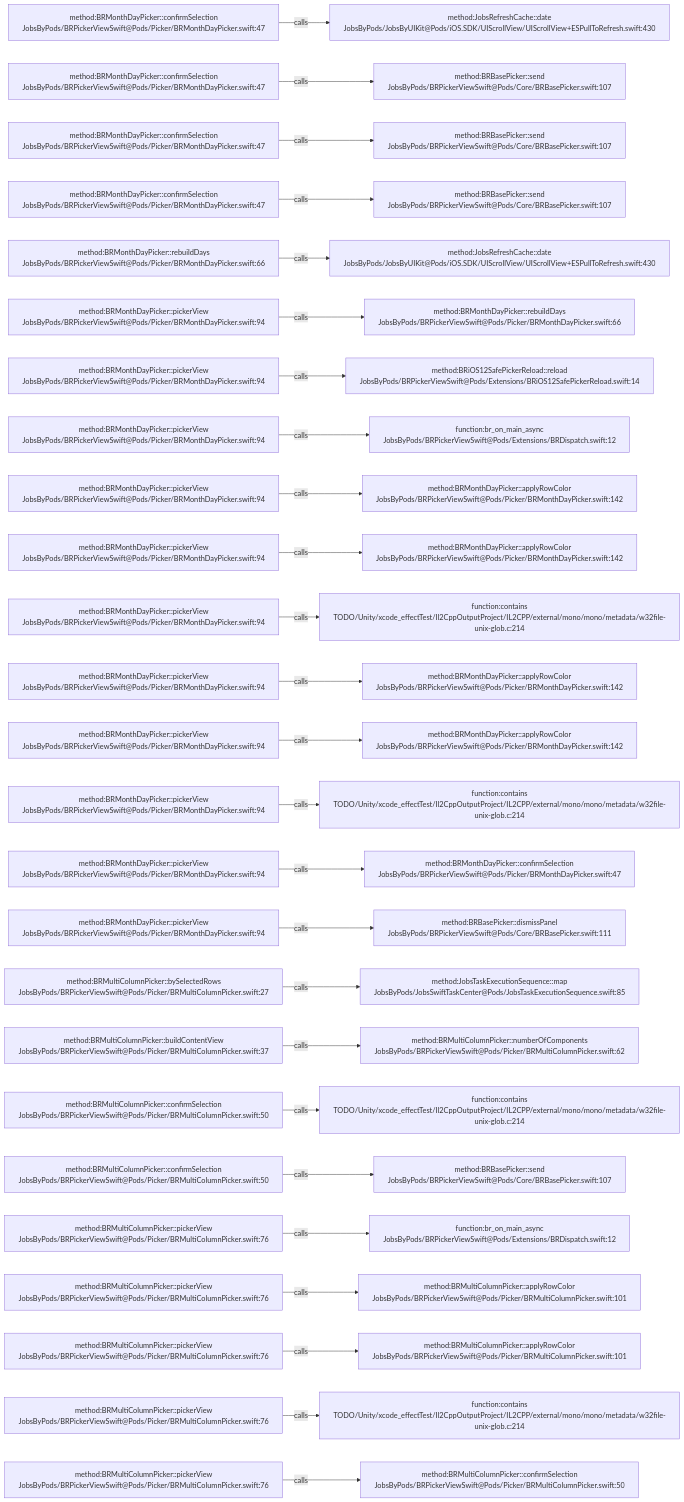
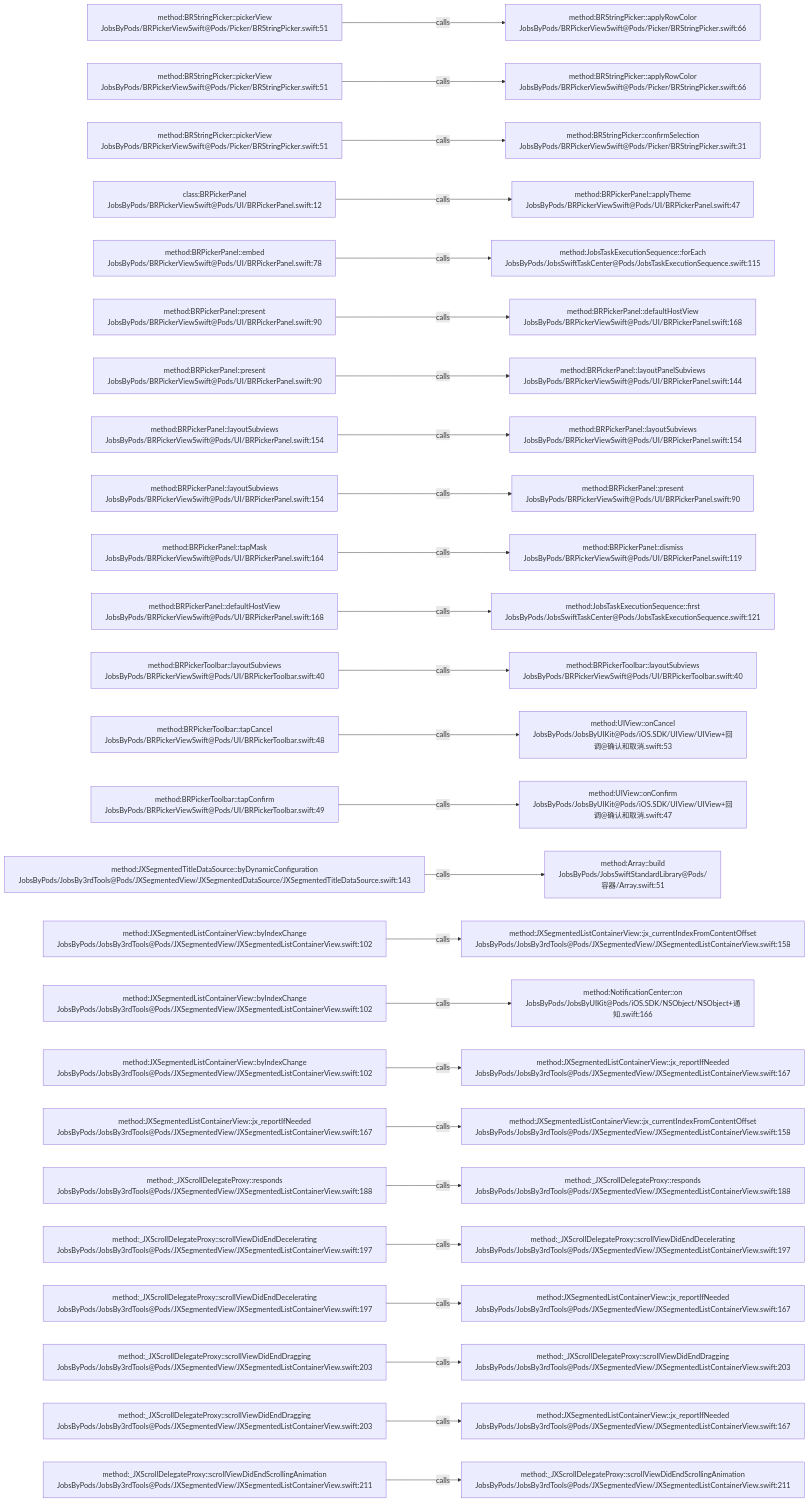
The diagram in .codegraph/codegraph.md/graphs/calls-004.md (JobsKits/JobsSwiftBaseConfigDemo), drawn with Mermaid before and after one commit. The commit also changed 569 other files, not shown here.

````diff
--- a/.codegraph/codegraph.md/graphs/calls-004.md
+++ b/.codegraph/codegraph.md/graphs/calls-004.md
@@ -13,78 +13,78 @@
 ```mermaid
 flowchart LR
-  S1["method:BRMonthDayPicker::confirmSelection<br/>JobsByPods/BRPickerViewSwift@Pods/Picker/BRMonthDayPicker.swift:47"]
-  T1["method:JobsRefreshCache::date<br/>JobsByPods/JobsByUIKit@Pods/iOS.SDK/UIScrollView/UIScrollView+ESPullToRefresh.swift:430"]
+  S1["method:BRStringPicker::pickerView<br/>JobsByPods/BRPickerViewSwift@Pods/Picker/BRStringPicker.swift:51"]
+  T1["method:BRStringPicker::applyRowColor<br/>JobsByPods/BRPickerViewSwift@Pods/Picker/BRStringPicker.swift:66"]
   S1 -->|calls| T1
-  S2["method:BRMonthDayPicker::confirmSelection<br/>JobsByPods/BRPickerViewSwift@Pods/Picker/BRMonthDayPicker.swift:47"]
-  T2["method:BRBasePicker::send<br/>JobsByPods/BRPickerViewSwift@Pods/Core/BRBasePicker.swift:107"]
+  S2["method:BRStringPicker::pickerView<br/>JobsByPods/BRPickerViewSwift@Pods/Picker/BRStringPicker.swift:51"]
+  T2["method:BRStringPicker::applyRowColor<br/>JobsByPods/BRPickerViewSwift@Pods/Picker/BRStringPicker.swift:66"]
   S2 -->|calls| T2
-  S3["method:BRMonthDayPicker::confirmSelection<br/>JobsByPods/BRPickerViewSwift@Pods/Picker/BRMonthDayPicker.swift:47"]
-  T3["method:BRBasePicker::send<br/>JobsByPods/BRPickerViewSwift@Pods/Core/BRBasePicker.swift:107"]
+  S3["method:BRStringPicker::pickerView<br/>JobsByPods/BRPickerViewSwift@Pods/Picker/BRStringPicker.swift:51"]
+  T3["method:BRStringPicker::confirmSelection<br/>JobsByPods/BRPickerViewSwift@Pods/Picker/BRStringPicker.swift:31"]
   S3 -->|calls| T3
-  S4["method:BRMonthDayPicker::confirmSelection<br/>JobsByPods/BRPickerViewSwift@Pods/Picker/BRMonthDayPicker.swift:47"]
-  T4["method:BRBasePicker::send<br/>JobsByPods/BRPickerViewSwift@Pods/Core/BRBasePicker.swift:107"]
+  S4["class:BRPickerPanel<br/>JobsByPods/BRPickerViewSwift@Pods/UI/BRPickerPanel.swift:12"]
+  T4["method:BRPickerPanel::applyTheme<br/>JobsByPods/BRPickerViewSwift@Pods/UI/BRPickerPanel.swift:47"]
   S4 -->|calls| T4
-  S5["method:BRMonthDayPicker::rebuildDays<br/>JobsByPods/BRPickerViewSwift@Pods/Picker/BRMonthDayPicker.swift:66"]
-  T5["method:JobsRefreshCache::date<br/>JobsByPods/JobsByUIKit@Pods/iOS.SDK/UIScrollView/UIScrollView+ESPullToRefresh.swift:430"]
+  S5["method:BRPickerPanel::embed<br/>JobsByPods/BRPickerViewSwift@Pods/UI/BRPickerPanel.swift:78"]
+  T5["method:JobsTaskExecutionSequence::forEach<br/>JobsByPods/JobsSwiftTaskCenter@Pods/JobsTaskExecutionSequence.swift:115"]
   S5 -->|calls| T5
-  S6["method:BRMonthDayPicker::pickerView<br/>JobsByPods/BRPickerViewSwift@Pods/Picker/BRMonthDayPicker.swift:94"]
-  T6["method:BRMonthDayPicker::rebuildDays<br/>JobsByPods/BRPickerViewSwift@Pods/Picker/BRMonthDayPicker.swift:66"]
+  S6["method:BRPickerPanel::present<br/>JobsByPods/BRPickerViewSwift@Pods/UI/BRPickerPanel.swift:90"]
+  T6["method:BRPickerPanel::defaultHostView<br/>JobsByPods/BRPickerViewSwift@Pods/UI/BRPickerPanel.swift:168"]
   S6 -->|calls| T6
-  S7["method:BRMonthDayPicker::pickerView<br/>JobsByPods/BRPickerViewSwift@Pods/Picker/BRMonthDayPicker.swift:94"]
-  T7["method:BRiOS12SafePickerReload::reload<br/>JobsByPods/BRPickerViewSwift@Pods/Extensions/BRiOS12SafePickerReload.swift:14"]
+  S7["method:BRPickerPanel::present<br/>JobsByPods/BRPickerViewSwift@Pods/UI/BRPickerPanel.swift:90"]
+  T7["method:BRPickerPanel::layoutPanelSubviews<br/>JobsByPods/BRPickerViewSwift@Pods/UI/BRPickerPanel.swift:144"]
   S7 -->|calls| T7
-  S8["method:BRMonthDayPicker::pickerView<br/>JobsByPods/BRPickerViewSwift@Pods/Picker/BRMonthDayPicker.swift:94"]
-  T8["function:br_on_main_async<br/>JobsByPods/BRPickerViewSwift@Pods/Extensions/BRDispatch.swift:12"]
+  S8["method:BRPickerPanel::layoutSubviews<br/>JobsByPods/BRPickerViewSwift@Pods/UI/BRPickerPanel.swift:154"]
+  T8["method:BRPickerPanel::layoutSubviews<br/>JobsByPods/BRPickerViewSwift@Pods/UI/BRPickerPanel.swift:154"]
   S8 -->|calls| T8
-  S9["method:BRMonthDayPicker::pickerView<br/>JobsByPods/BRPickerViewSwift@Pods/Picker/BRMonthDayPicker.swift:94"]
-  T9["method:BRMonthDayPicker::applyRowColor<br/>JobsByPods/BRPickerViewSwift@Pods/Picker/BRMonthDayPicker.swift:142"]
+  S9["method:BRPickerPanel::layoutSubviews<br/>JobsByPods/BRPickerViewSwift@Pods/UI/BRPickerPanel.swift:154"]
+  T9["method:BRPickerPanel::present<br/>JobsByPods/BRPickerViewSwift@Pods/UI/BRPickerPanel.swift:90"]
   S9 -->|calls| T9
-  S10["method:BRMonthDayPicker::pickerView<br/>JobsByPods/BRPickerViewSwift@Pods/Picker/BRMonthDayPicker.swift:94"]
-  T10["method:BRMonthDayPicker::applyRowColor<br/>JobsByPods/BRPickerViewSwift@Pods/Picker/BRMonthDayPicker.swift:142"]
+  S10["method:BRPickerPanel::tapMask<br/>JobsByPods/BRPickerViewSwift@Pods/UI/BRPickerPanel.swift:164"]
+  T10["method:BRPickerPanel::dismiss<br/>JobsByPods/BRPickerViewSwift@Pods/UI/BRPickerPanel.swift:119"]
   S10 -->|calls| T10
-  S11["method:BRMonthDayPicker::pickerView<br/>JobsByPods/BRPickerViewSwift@Pods/Picker/BRMonthDayPicker.swift:94"]
-  T11["function:contains<br/>TODO/Unity/xcode_effectTest/Il2CppOutputProject/IL2CPP/external/mono/mono/metadata/w32file-unix-glob.c:214"]
+  S11["method:BRPickerPanel::defaultHostView<br/>JobsByPods/BRPickerViewSwift@Pods/UI/BRPickerPanel.swift:168"]
+  T11["method:JobsTaskExecutionSequence::first<br/>JobsByPods/JobsSwiftTaskCenter@Pods/JobsTaskExecutionSequence.swift:121"]
   S11 -->|calls| T11
-  S12["method:BRMonthDayPicker::pickerView<br/>JobsByPods/BRPickerViewSwift@Pods/Picker/BRMonthDayPicker.swift:94"]
-  T12["method:BRMonthDayPicker::applyRowColor<br/>JobsByPods/BRPickerViewSwift@Pods/Picker/BRMonthDayPicker.swift:142"]
+  S12["method:BRPickerToolbar::layoutSubviews<br/>JobsByPods/BRPickerViewSwift@Pods/UI/BRPickerToolbar.swift:40"]
+  T12["method:BRPickerToolbar::layoutSubviews<br/>JobsByPods/BRPickerViewSwift@Pods/UI/BRPickerToolbar.swift:40"]
   S12 -->|calls| T12
-  S13["method:BRMonthDayPicker::pickerView<br/>JobsByPods/BRPickerViewSwift@Pods/Picker/BRMonthDayPicker.swift:94"]
-  T13["method:BRMonthDayPicker::applyRowColor<br/>JobsByPods/BRPickerViewSwift@Pods/Picker/BRMonthDayPicker.swift:142"]
+  S13["method:BRPickerToolbar::tapCancel<br/>JobsByPods/BRPickerViewSwift@Pods/UI/BRPickerToolbar.swift:48"]
+  T13["method:UIView::onCancel<br/>JobsByPods/JobsByUIKit@Pods/iOS.SDK/UIView/UIView+回调@确认和取消.swift:53"]
   S13 -->|calls| T13
-  S14["method:BRMonthDayPicker::pickerView<br/>JobsByPods/BRPickerViewSwift@Pods/Picker/BRMonthDayPicker.swift:94"]
-  T14["function:contains<br/>TODO/Unity/xcode_effectTest/Il2CppOutputProject/IL2CPP/external/mono/mono/metadata/w32file-unix-glob.c:214"]
+  S14["method:BRPickerToolbar::tapConfirm<br/>JobsByPods/BRPickerViewSwift@Pods/UI/BRPickerToolbar.swift:49"]
+  T14["method:UIView::onConfirm<br/>JobsByPods/JobsByUIKit@Pods/iOS.SDK/UIView/UIView+回调@确认和取消.swift:47"]
   S14 -->|calls| T14
-  S15["method:BRMonthDayPicker::pickerView<br/>JobsByPods/BRPickerViewSwift@Pods/Picker/BRMonthDayPicker.swift:94"]
-  T15["method:BRMonthDayPicker::confirmSelection<br/>JobsByPods/BRPickerViewSwift@Pods/Picker/BRMonthDayPicker.swift:47"]
+  S15["method:JXSegmentedTitleDataSource::byDynamicConfiguration<br/>JobsByPods/JobsBy3rdTools@Pods/JXSegmentedView/JXSegmentedDataSource/JXSegmentedTitleDataSource.swift:143"]
+  T15["method:Array::build<br/>JobsByPods/JobsSwiftStandardLibrary@Pods/容器/Array.swift:51"]
   S15 -->|calls| T15
-  S16["method:BRMonthDayPicker::pickerView<br/>JobsByPods/BRPickerViewSwift@Pods/Picker/BRMonthDayPicker.swift:94"]
-  T16["method:BRBasePicker::dismissPanel<br/>JobsByPods/BRPickerViewSwift@Pods/Core/BRBasePicker.swift:111"]
+  S16["method:JXSegmentedListContainerView::byIndexChange<br/>JobsByPods/JobsBy3rdTools@Pods/JXSegmentedView/JXSegmentedListContainerView.swift:102"]
+  T16["method:JXSegmentedListContainerView::jx_currentIndexFromContentOffset<br/>JobsByPods/JobsBy3rdTools@Pods/JXSegmentedView/JXSegmentedListContainerView.swift:158"]
   S16 -->|calls| T16
-  S17["method:BRMultiColumnPicker::bySelectedRows<br/>JobsByPods/BRPickerViewSwift@Pods/Picker/BRMultiColumnPicker.swift:27"]
-  T17["method:JobsTaskExecutionSequence::map<br/>JobsByPods/JobsSwiftTaskCenter@Pods/JobsTaskExecutionSequence.swift:85"]
+  S17["method:JXSegmentedListContainerView::byIndexChange<br/>JobsByPods/JobsBy3rdTools@Pods/JXSegmentedView/JXSegmentedListContainerView.swift:102"]
+  T17["method:NotificationCenter::on<br/>JobsByPods/JobsByUIKit@Pods/iOS.SDK/NSObject/NSObject+通知.swift:166"]
   S17 -->|calls| T17
-  S18["method:BRMultiColumnPicker::buildContentView<br/>JobsByPods/BRPickerViewSwift@Pods/Picker/BRMultiColumnPicker.swift:37"]
-  T18["method:BRMultiColumnPicker::numberOfComponents<br/>JobsByPods/BRPickerViewSwift@Pods/Picker/BRMultiColumnPicker.swift:62"]
+  S18["method:JXSegmentedListContainerView::byIndexChange<br/>JobsByPods/JobsBy3rdTools@Pods/JXSegmentedView/JXSegmentedListContainerView.swift:102"]
+  T18["method:JXSegmentedListContainerView::jx_reportIfNeeded<br/>JobsByPods/JobsBy3rdTools@Pods/JXSegmentedView/JXSegmentedListContainerView.swift:167"]
   S18 -->|calls| T18
-  S19["method:BRMultiColumnPicker::confirmSelection<br/>JobsByPods/BRPickerViewSwift@Pods/Picker/BRMultiColumnPicker.swift:50"]
-  T19["function:contains<br/>TODO/Unity/xcode_effectTest/Il2CppOutputProject/IL2CPP/external/mono/mono/metadata/w32file-unix-glob.c:214"]
+  S19["method:JXSegmentedListContainerView::jx_reportIfNeeded<br/>JobsByPods/JobsBy3rdTools@Pods/JXSegmentedView/JXSegmentedListContainerView.swift:167"]
+  T19["method:JXSegmentedListContainerView::jx_currentIndexFromContentOffset<br/>JobsByPods/JobsBy3rdTools@Pods/JXSegmentedView/JXSegmentedListContainerView.swift:158"]
   S19 -->|calls| T19
-  S20["method:BRMultiColumnPicker::confirmSelection<br/>JobsByPods/BRPickerViewSwift@Pods/Picker/BRMultiColumnPicker.swift:50"]
-  T20["method:BRBasePicker::send<br/>JobsByPods/BRPickerViewSwift@Pods/Core/BRBasePicker.swift:107"]
+  S20["method:_JXScrollDelegateProxy::responds<br/>JobsByPods/JobsBy3rdTools@Pods/JXSegmentedView/JXSegmentedListContainerView.swift:188"]
+  T20["method:_JXScrollDelegateProxy::responds<br/>JobsByPods/JobsBy3rdTools@Pods/JXSegmentedView/JXSegmentedListContainerView.swift:188"]
   S20 -->|calls| T20
-  S21["method:BRMultiColumnPicker::pickerView<br/>JobsByPods/BRPickerViewSwift@Pods/Picker/BRMultiColumnPicker.swift:76"]
-  T21["function:br_on_main_async<br/>JobsByPods/BRPickerViewSwift@Pods/Extensions/BRDispatch.swift:12"]
+  S21["method:_JXScrollDelegateProxy::scrollViewDidEndDecelerating<br/>JobsByPods/JobsBy3rdTools@Pods/JXSegmentedView/JXSegmentedListContainerView.swift:197"]
+  T21["method:_JXScrollDelegateProxy::scrollViewDidEndDecelerating<br/>JobsByPods/JobsBy3rdTools@Pods/JXSegmentedView/JXSegmentedListContainerView.swift:197"]
   S21 -->|calls| T21
-  S22["method:BRMultiColumnPicker::pickerView<br/>JobsByPods/BRPickerViewSwift@Pods/Picker/BRMultiColumnPicker.swift:76"]
-  T22["method:BRMultiColumnPicker::applyRowColor<br/>JobsByPods/BRPickerViewSwift@Pods/Picker/BRMultiColumnPicker.swift:101"]
+  S22["method:_JXScrollDelegateProxy::scrollViewDidEndDecelerating<br/>JobsByPods/JobsBy3rdTools@Pods/JXSegmentedView/JXSegmentedListContainerView.swift:197"]
+  T22["method:JXSegmentedListContainerView::jx_reportIfNeeded<br/>JobsByPods/JobsBy3rdTools@Pods/JXSegmentedView/JXSegmentedListContainerView.swift:167"]
   S22 -->|calls| T22
-  S23["method:BRMultiColumnPicker::pickerView<br/>JobsByPods/BRPickerViewSwift@Pods/Picker/BRMultiColumnPicker.swift:76"]
-  T23["method:BRMultiColumnPicker::applyRowColor<br/>JobsByPods/BRPickerViewSwift@Pods/Picker/BRMultiColumnPicker.swift:101"]
+  S23["method:_JXScrollDelegateProxy::scrollViewDidEndDragging<br/>JobsByPods/JobsBy3rdTools@Pods/JXSegmentedView/JXSegmentedListContainerView.swift:203"]
+  T23["method:_JXScrollDelegateProxy::scrollViewDidEndDragging<br/>JobsByPods/JobsBy3rdTools@Pods/JXSegmentedView/JXSegmentedListContainerView.swift:203"]
   S23 -->|calls| T23
-  S24["method:BRMultiColumnPicker::pickerView<br/>JobsByPods/BRPickerViewSwift@Pods/Picker/BRMultiColumnPicker.swift:76"]
-  T24["function:contains<br/>TODO/Unity/xcode_effectTest/Il2CppOutputProject/IL2CPP/external/mono/mono/metadata/w32file-unix-glob.c:214"]
+  S24["method:_JXScrollDelegateProxy::scrollViewDidEndDragging<br/>JobsByPods/JobsBy3rdTools@Pods/JXSegmentedView/JXSegmentedListContainerView.swift:203"]
+  T24["method:JXSegmentedListContainerView::jx_reportIfNeeded<br/>JobsByPods/JobsBy3rdTools@Pods/JXSegmentedView/JXSegmentedListContainerView.swift:167"]
   S24 -->|calls| T24
-  S25["method:BRMultiColumnPicker::pickerView<br/>JobsByPods/BRPickerViewSwift@Pods/Picker/BRMultiColumnPicker.swift:76"]
-  T25["method:BRMultiColumnPicker::confirmSelection<br/>JobsByPods/BRPickerViewSwift@Pods/Picker/BRMultiColumnPicker.swift:50"]
+  S25["method:_JXScrollDelegateProxy::scrollViewDidEndScrollingAnimation<br/>JobsByPods/JobsBy3rdTools@Pods/JXSegmentedView/JXSegmentedListContainerView.swift:211"]
+  T25["method:_JXScrollDelegateProxy::scrollViewDidEndScrollingAnimation<br/>JobsByPods/JobsBy3rdTools@Pods/JXSegmentedView/JXSegmentedListContainerView.swift:211"]
   S25 -->|calls| T25
 ```
````
